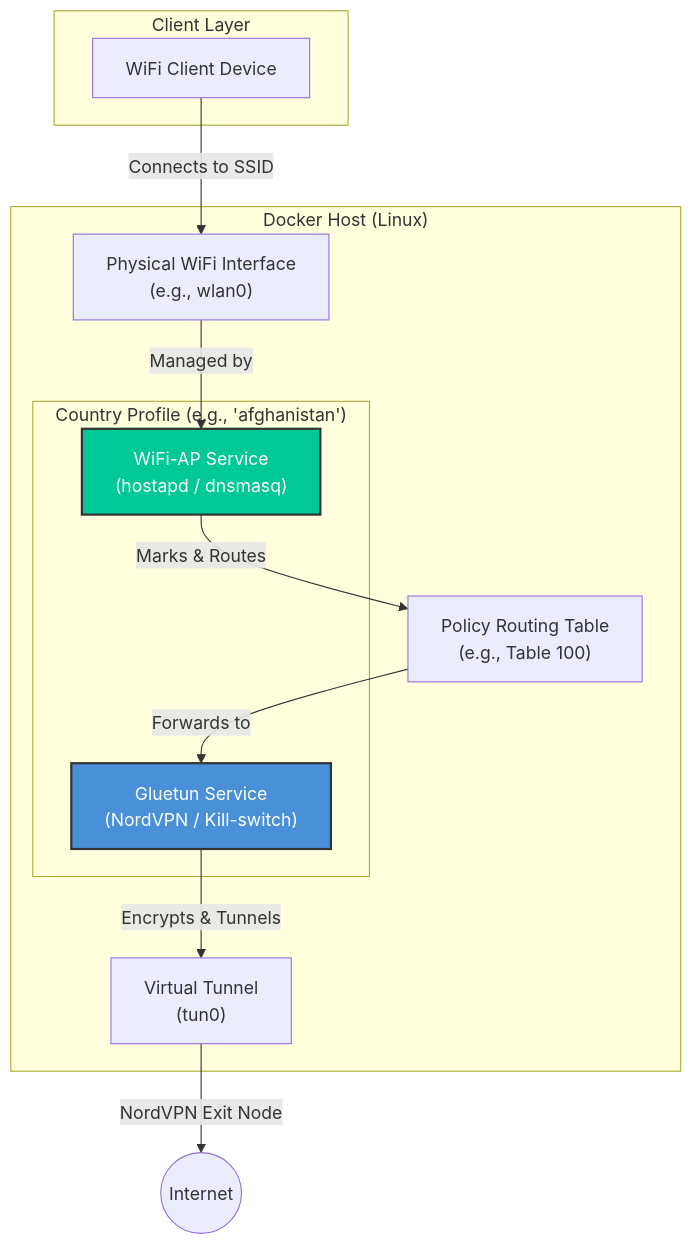
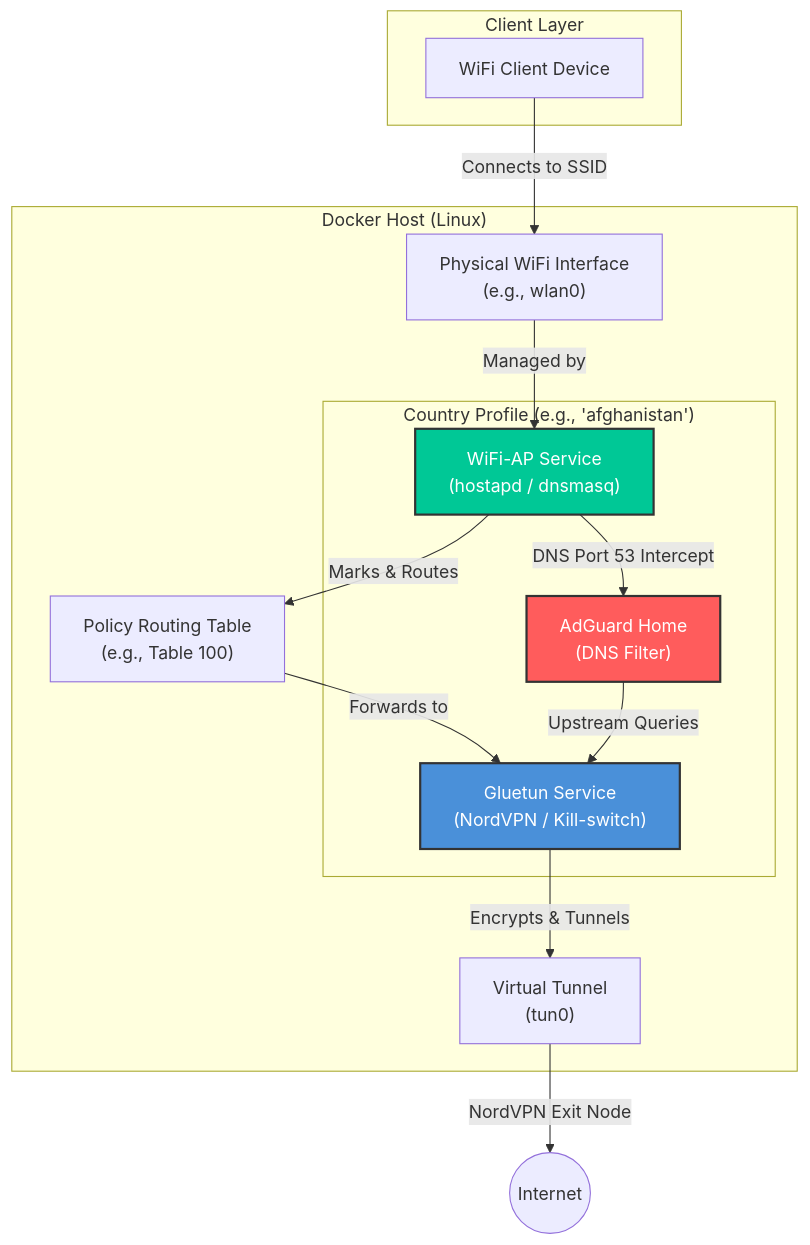
The first of 2 diagrams in README.md (virajt71/nordvpn_ap), drawn with Mermaid before and after one commit. The commit also changed other lines of this file, not shown here.

First line of the commit message:
docs: Update README with AdGuard Home info

````diff
--- a/README.md
+++ b/README.md
@@ -23,27 +24,31 @@
 ```mermaid
 graph TD
     subgraph "Client Layer"
         C[WiFi Client Device]
     end
 
     subgraph "Docker Host (Linux)"
         subgraph "Country Profile (e.g., 'afghanistan')"
             AP["WiFi-AP Service<br/>(hostapd / dnsmasq)"]
+            AGH["AdGuard Home<br/>(DNS Filter)"]
             GT["Gluetun Service<br/>(NordVPN / Kill-switch)"]
         end
         
         WIFI["Physical WiFi Interface<br/>(e.g., wlan0)"]
         RT["Policy Routing Table<br/>(e.g., Table 100)"]
         TUN["Virtual Tunnel<br/>(tun0)"]
     end
 
     C -- Connects to SSID --> WIFI
     WIFI -- Managed by --> AP
+    AP -- "DNS Port 53 Intercept" --> AGH
     AP -- "Marks & Routes" --> RT
     RT -- "Forwards to" --> GT
+    AGH -- "Upstream Queries" --> GT
     GT -- "Encrypts & Tunnels" --> TUN
     TUN -- "NordVPN Exit Node" --> Internet((Internet))
 
     style GT fill:#4a90d9,stroke:#333,stroke-width:2px,color:#fff
     style AP fill:#00c896,stroke:#333,stroke-width:2px,color:#fff
+    style AGH fill:#ff5c5c,stroke:#333,stroke-width:2px,color:#fff
 ```
````
